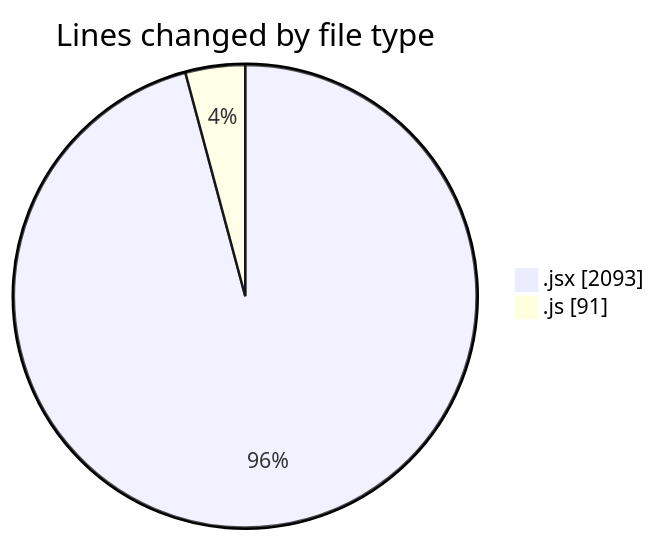
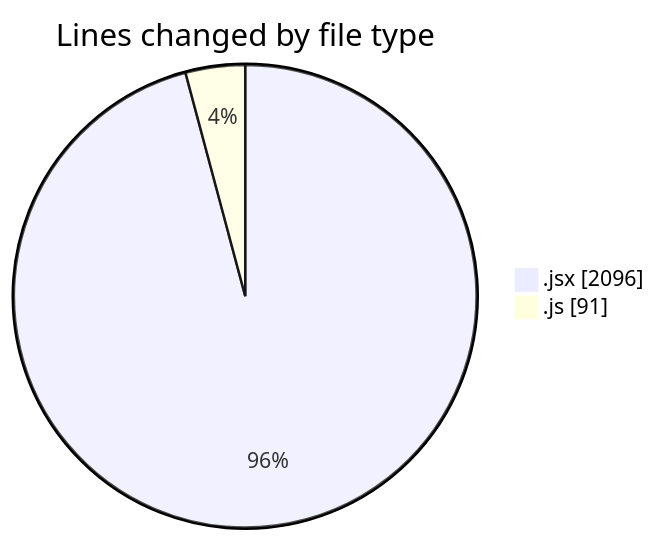
The first of 2 diagrams in 2025-07-07/argos/README.md (nxtqubesakshisongat/code-tracking), drawn with Mermaid before and after one commit. The commit also changed other lines of this file and 1 other file, not shown here.

````diff
--- a/2025-07-07/argos/README.md
+++ b/2025-07-07/argos/README.md
@@ -23,6 +23,6 @@
 ```mermaid
 pie showData
 title Lines changed by file type
-".jsx" : 2093
+".jsx" : 2096
 ".js" : 91
 ```
````
